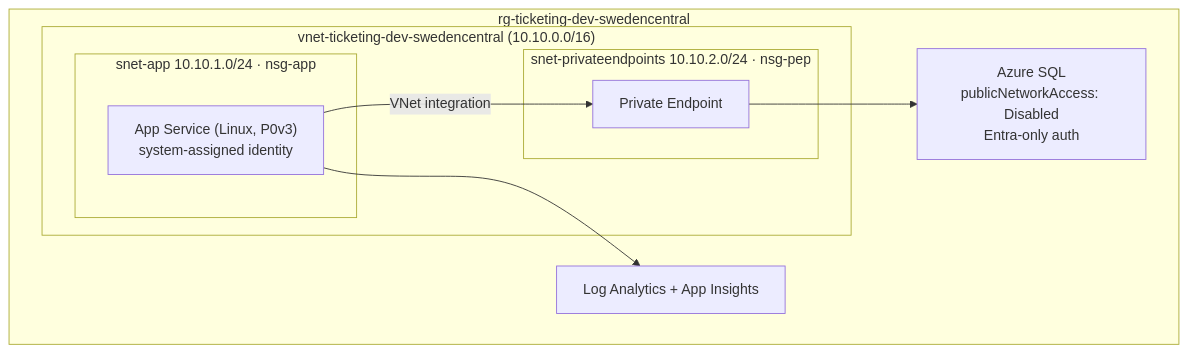
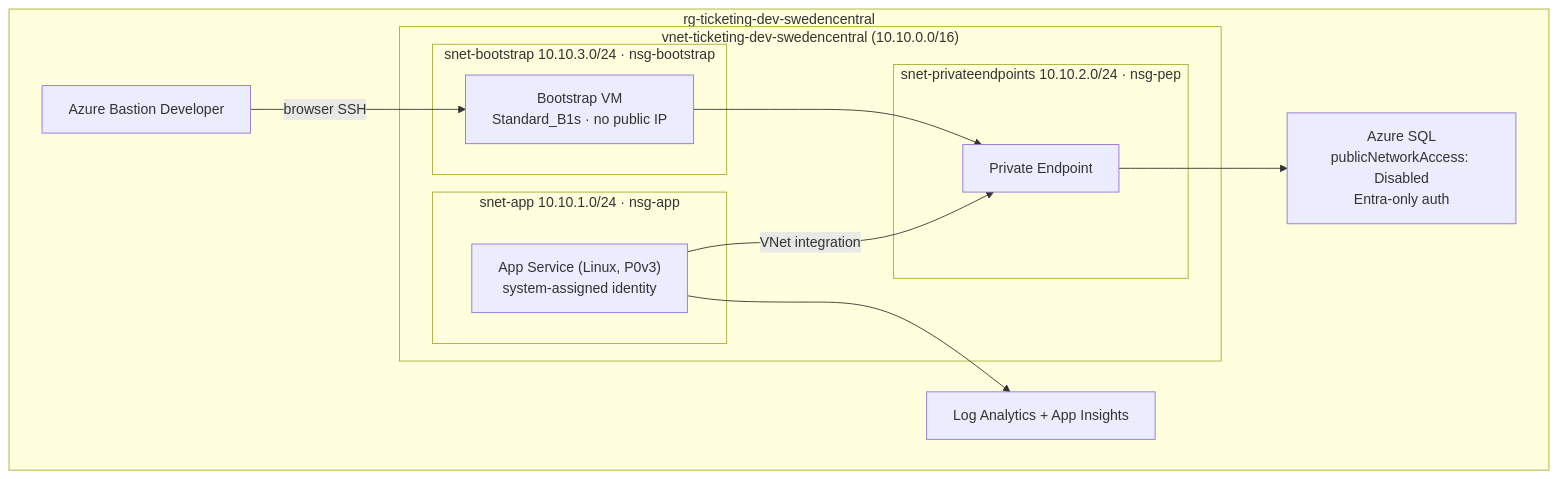
One commit to donk-msft/AgenticEngineering-Hackathon-Infrastructure changed the second of 2 diagrams in README.md. Above: the diagram before and after it, drawn with Mermaid. The commit also changed other lines of this file and 14 other files, not shown here.

First line of the commit message:
Add shared bootstrap VM and Bastion access

````diff
--- a/README.md
+++ b/README.md
@@ -35,17 +35,23 @@
 ```mermaid
 flowchart TB
     subgraph rg["rg-ticketing-dev-swedencentral"]
         subgraph vnet["vnet-ticketing-dev-swedencentral (10.10.0.0/16)"]
             subgraph snetapp["snet-app 10.10.1.0/24 · nsg-app"]
                 app["App Service (Linux, P0v3)<br/>system-assigned identity"]
             end
             subgraph snetpe["snet-privateendpoints 10.10.2.0/24 · nsg-pep"]
                 pep["Private Endpoint"]
             end
+            subgraph snetbootstrap["snet-bootstrap 10.10.3.0/24 · nsg-bootstrap"]
+                vm["Bootstrap VM<br/>Standard_B1s · no public IP"]
+            end
         end
+        bastion["Azure Bastion Developer"]
         sql["Azure SQL<br/>publicNetworkAccess: Disabled<br/>Entra-only auth"]
         law["Log Analytics + App Insights"]
     end
     app -->|VNet integration| pep --> sql
     app --> law
+    bastion -->|browser SSH| vm
+    vm --> pep
 ```
````
